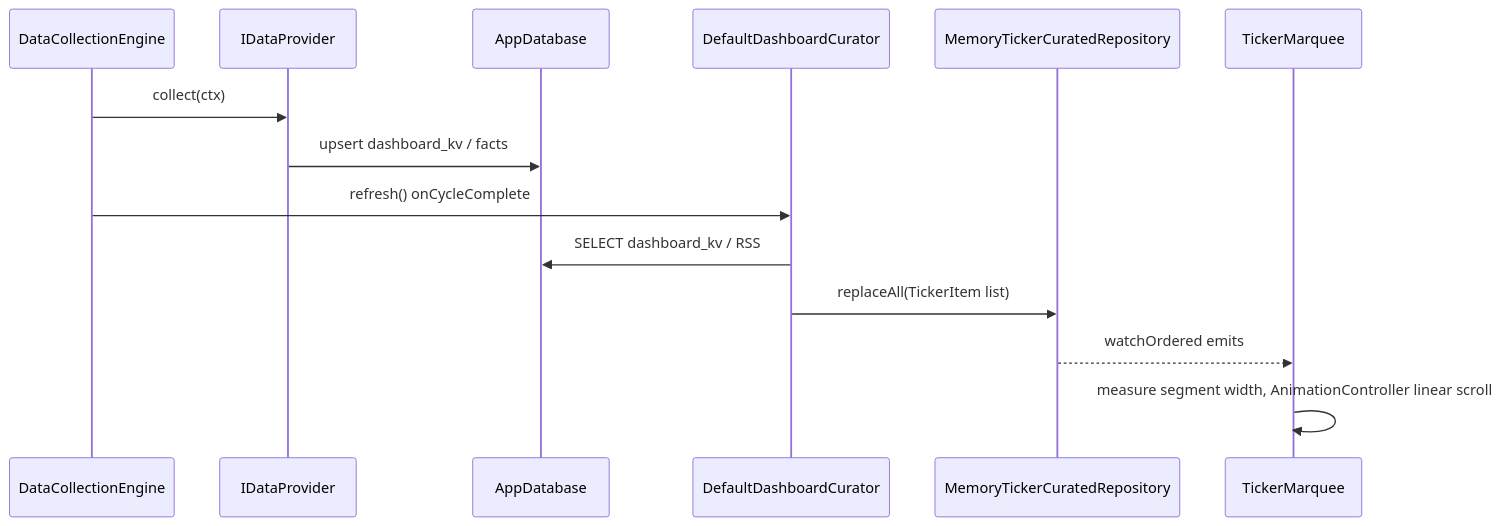
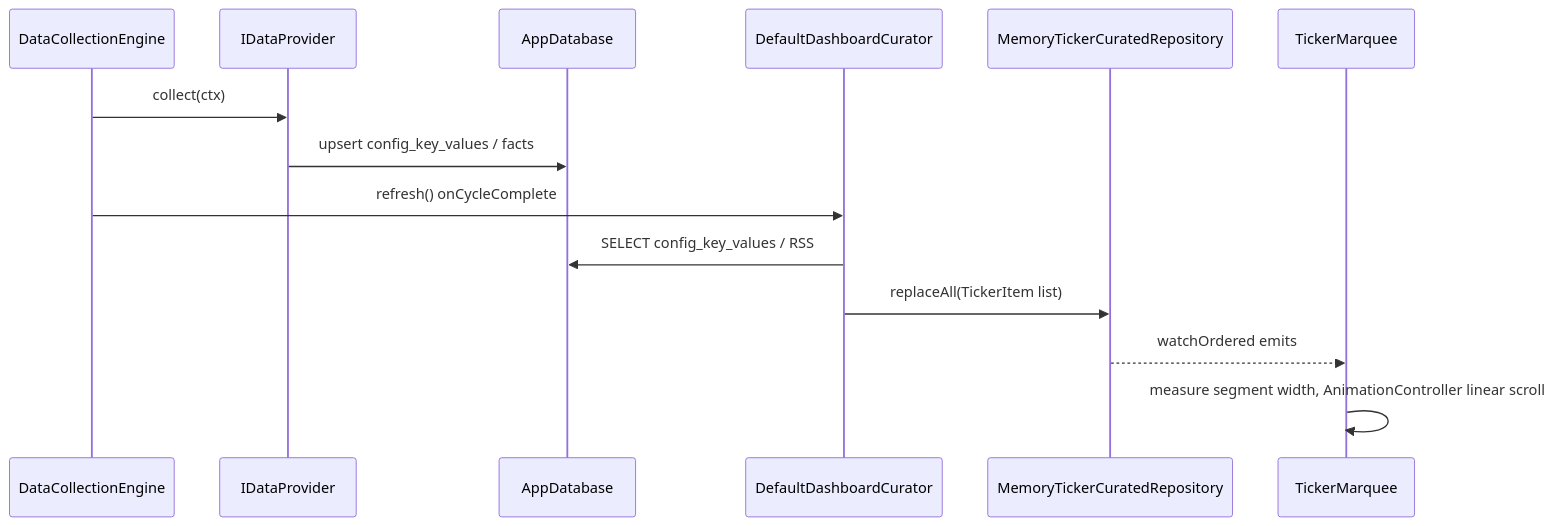
Before and after one commit to dukk/waddle-view: the fifth of 5 diagrams in apps/waddle_view/ARCHITECTURE.md, drawn with Mermaid. The commit also changed other lines of this file and 107 other files, not shown here.

````diff
--- a/apps/waddle_view/ARCHITECTURE.md
+++ b/apps/waddle_view/ARCHITECTURE.md
@@ -222,17 +222,17 @@
 ```mermaid
 sequenceDiagram
   participant Eng as DataCollectionEngine
   participant P as IDataProvider
   participant DB as AppDatabase
   participant Cur as DefaultDashboardCurator
   participant Rep as MemoryTickerCuratedRepository
   participant UI as TickerMarquee
 
   Eng->>P: collect(ctx)
-  P->>DB: upsert dashboard_kv / facts
+  P->>DB: upsert config_key_values / facts
   Eng->>Cur: refresh() onCycleComplete
-  Cur->>DB: SELECT dashboard_kv / RSS
+  Cur->>DB: SELECT config_key_values / RSS
   Cur->>Rep: replaceAll(TickerItem list)
   Rep-->>UI: watchOrdered emits
   UI->>UI: measure segment width, AnimationController linear scroll
 ```
````
